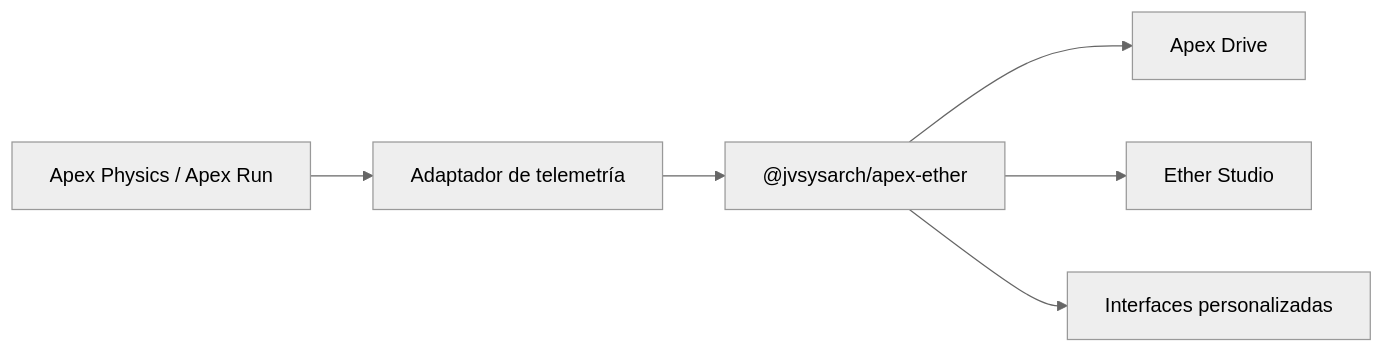
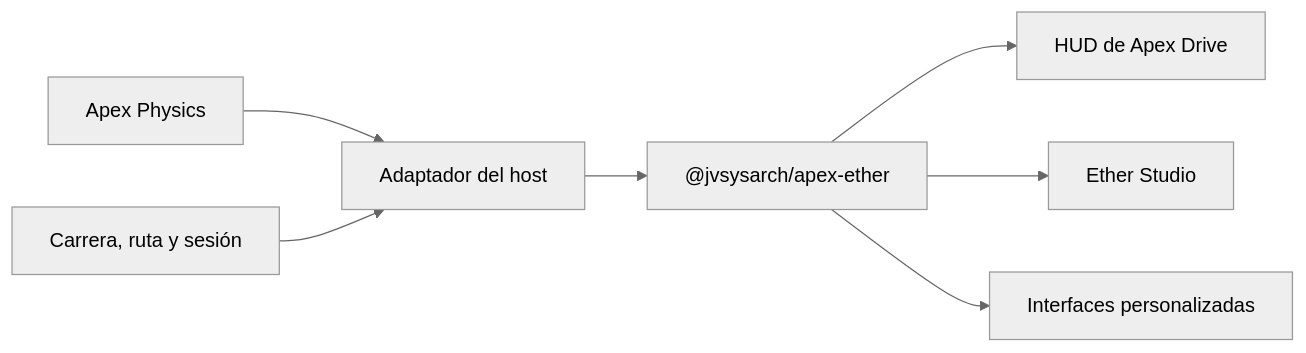
The diagram in README.md (jvsysarch/apex-ether), drawn with Mermaid (neutral theme) before and after one commit. The commit also changed 2 other files, not shown here.

Commit message:
docs: remove obsolete Apex Run references

````diff
--- a/README.md
+++ b/README.md
@@ -27,8 +27,9 @@
 ```mermaid
 flowchart LR
-  S["Apex Physics / Apex Run"] --> A["Adaptador de telemetría"]
+  P["Apex Physics"] --> A["Adaptador del host"]
+  R["Carrera, ruta y sesión"] --> A
   A --> E["@jvsysarch/apex-ether"]
-  E --> D["Apex Drive"]
+  E --> D["HUD de Apex Drive"]
   E --> T["Ether Studio"]
   E --> C["Interfaces personalizadas"]
 ```
````
